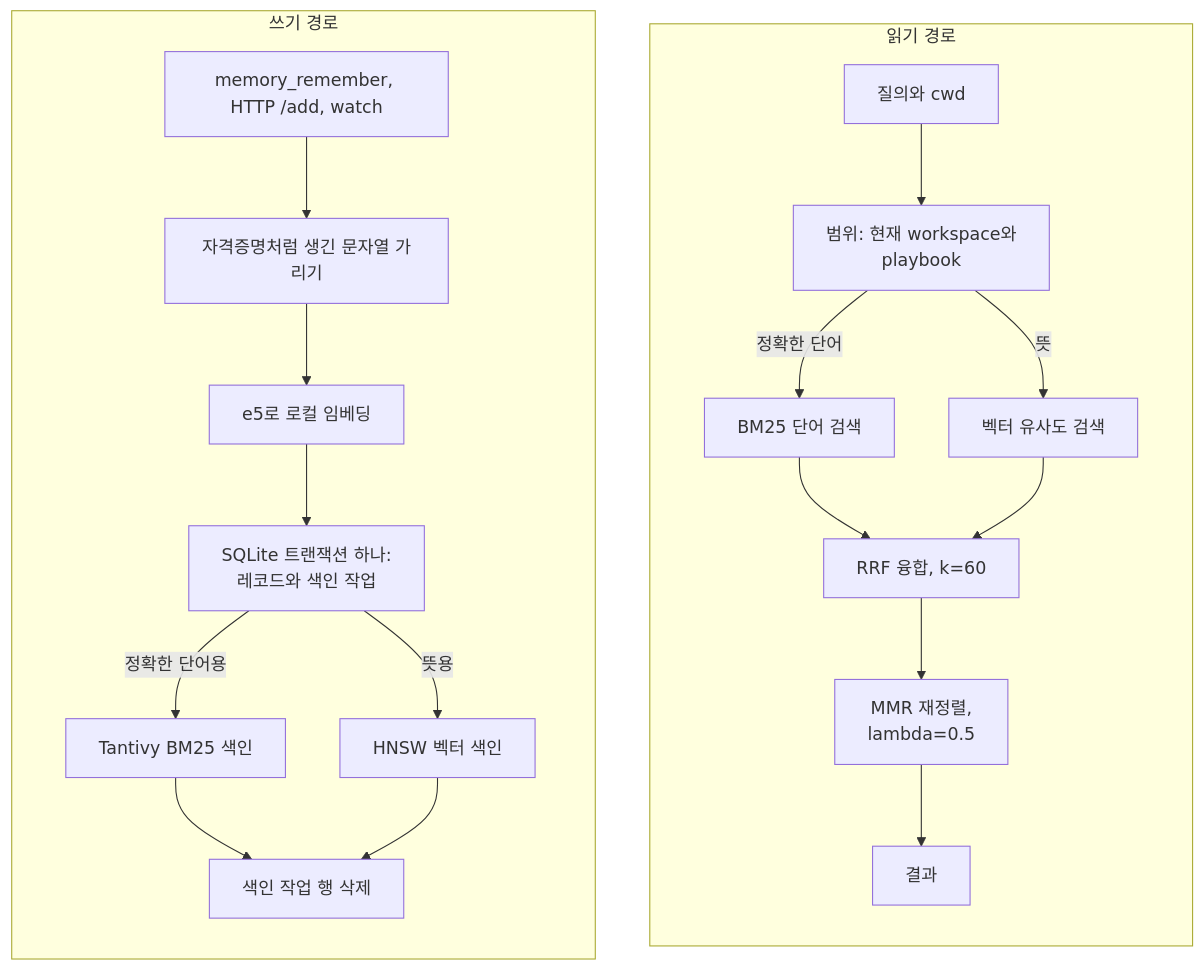
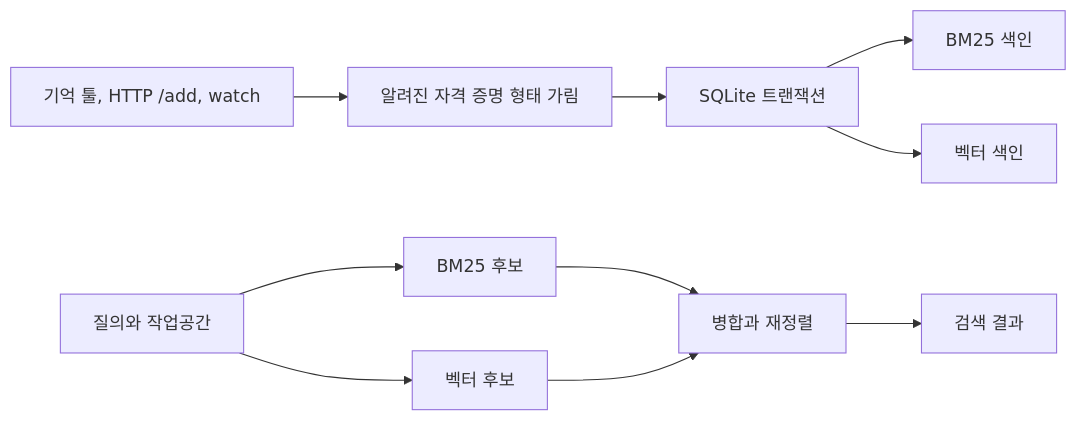
The diagram in README.ko.md (Blue-B/memnest), drawn with Mermaid before and after one commit. The commit also changed other lines of this file and 10 other files, not shown here.

````diff
--- a/README.ko.md
+++ b/README.ko.md
@@ -34,24 +119,13 @@
 ```mermaid
-flowchart TD
-    subgraph read["읽기 경로"]
-        direction TB
-        R1["질의와 cwd"] --> R2["범위: 현재 workspace와<br/>playbook"]
-        R2 -->|"정확한 단어"| R3["BM25 단어 검색"]
-        R2 -->|"뜻"| R4["벡터 유사도 검색"]
-        R3 --> R5["RRF 융합, k=60"]
-        R4 --> R5
-        R5 --> R6["MMR 재정렬,<br/>lambda=0.5"]
-        R6 --> R7["결과"]
-    end
+flowchart LR
+    W1["기억 툴, HTTP /add, watch"] --> W2["알려진 자격 증명 형태 가림"]
+    W2 --> W3["SQLite 트랜잭션"]
+    W3 --> W4["BM25 색인"]
+    W3 --> W5["벡터 색인"]
 
-    subgraph write["쓰기 경로"]
-        direction TB
-        W1["memory_remember, HTTP /add, watch"] --> W2["자격증명처럼 생긴 문자열 가리기"]
-        W2 --> W3["e5로 로컬 임베딩"]
-        W3 --> W4["SQLite 트랜잭션 하나:<br/>레코드와 색인 작업"]
-        W4 -->|"정확한 단어용"| W5["Tantivy BM25 색인"]
-        W4 -->|"뜻용"| W6["HNSW 벡터 색인"]
-        W5 --> W7["색인 작업 행 삭제"]
-        W6 --> W7
-    end
+    R1["질의와 작업공간"] --> R2["BM25 후보"]
+    R1 --> R3["벡터 후보"]
+    R2 --> R4["병합과 재정렬"]
+    R3 --> R4
+    R4 --> R5["검색 결과"]
 ```
````
